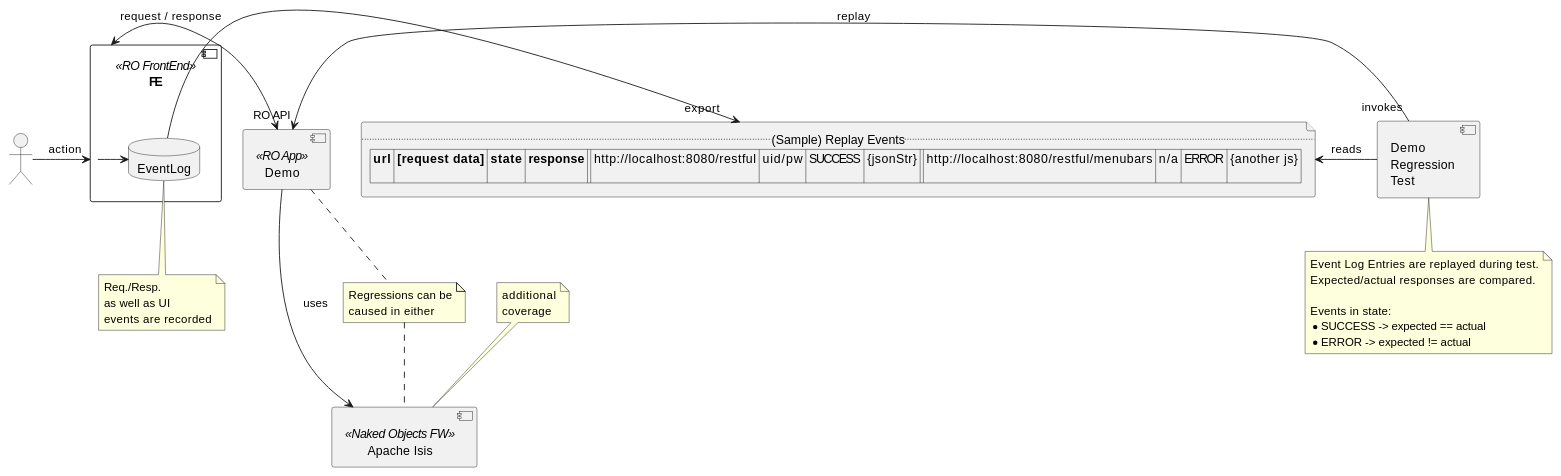
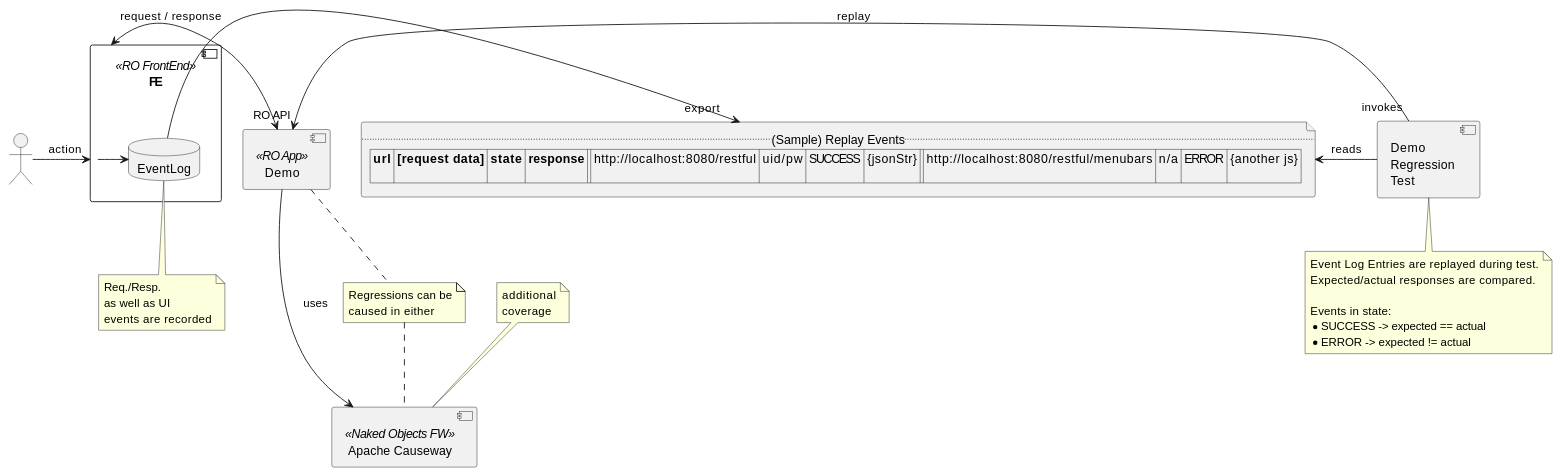
Before and after one commit to apache/causeway: the diagram in incubator/clients/kroviz/adoc/modules/kroviz/pages/regression-test.adoc, drawn with PlantUML. The commit also changed 220 other files, not shown here.

Commit message:
ISIS-3260: renames 'Isis' -> 'Causeway' in all .adoc files  (except mignotes and relnotes)

```diff
--- a/incubator/clients/kroviz/adoc/modules/kroviz/pages/regression-test.adoc
+++ b/incubator/clients/kroviz/adoc/modules/kroviz/pages/regression-test.adoc
@@ -21,60 +21,60 @@
 [plantuml,file="regression-test.png"]
 ----
 @startuml
 
 : : -> FE : action
 
 component kroviz <<RO FrontEnd>> as FE {
     database EventLog as EL
     FE -> EL
 }
 
 note bottom of EL
 Req./Resp.
 as well as UI
 events are recorded
 end note
 
 component Demo <<RO App>> as APP
 FE <-> APP : request / response
 
-component "Apache Isis" <<Naked Objects FW>> as FW
+component "Apache Causeway" <<Naked Objects FW>> as FW
 APP -> FW : uses
 
 
 together {
     file RE as "
     .. (Sample) Replay Events..
     |= url |= [request data] |= state |= response |\n| http://localhost:8080/restful | uid/pw | SUCCESS | {jsonStr} |\n| http://localhost:8080/restful/menubars | n/a | ERROR | {another js} |
     "
     component "Demo \nRegression \nTest" as DRT
 }
 EL ->"export" RE
 
 
 RE <- DRT : reads
 DRT "invokes"->"RO API" APP : replay
 
 note bottom of DRT
 Event Log Entries are replayed during test.
 Expected/actual responses are compared.
 
 Events in state:
 * SUCCESS -> expected == actual
 * ERROR -> expected != actual
 end note
 
 note top of FW
 additional
 coverage
 end note
 
 note as NREG
 Regressions can be
 caused in either
 end note
 APP .. NREG
 NREG .. FW
 
 @enduml
 ----
```
